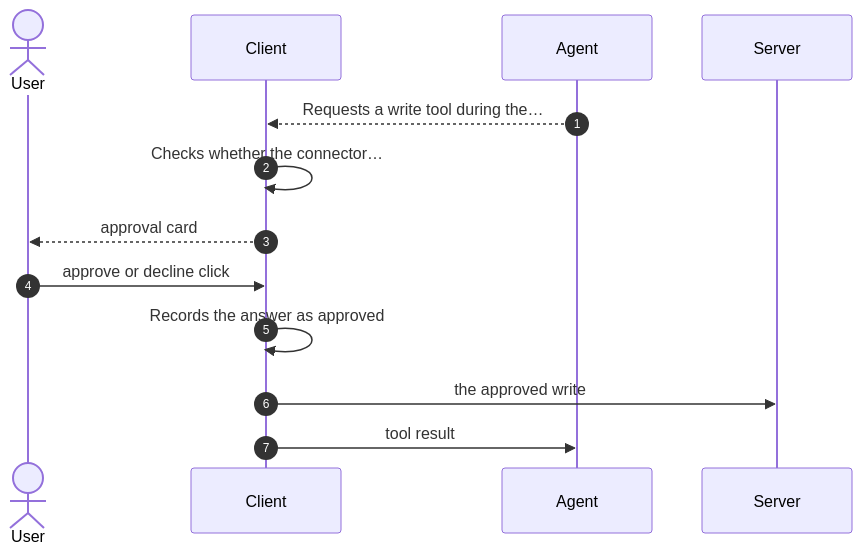
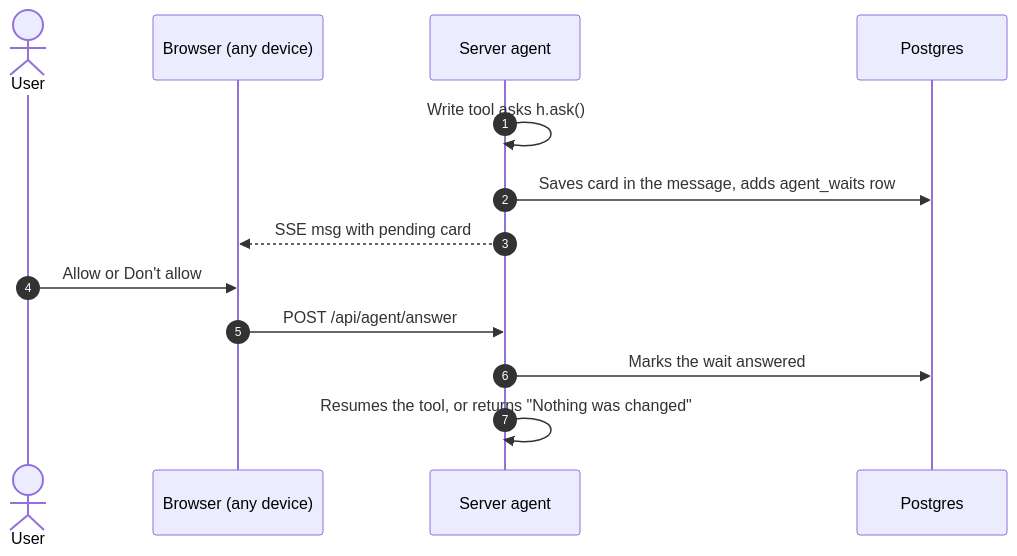
One commit to lngsa1234/mini-muse-mvp changed the diagram in docs/architecture/workflows/tool-approval.md. Above: the diagram before and after it, drawn with Mermaid. The commit also changed other lines of this file and 65 other files, not shown here.

````diff
--- a/docs/architecture/workflows/tool-approval.md
+++ b/docs/architecture/workflows/tool-approval.md
@@ -15,15 +15,15 @@
 ```mermaid
 sequenceDiagram
   autonumber
   actor user as User
-  participant client as Client
-  participant agent as Agent
-  participant server as Server
-  agent-->>client: Requests a write tool during the…
-  client->>client: Checks whether the connector…
-  client-->>user: approval card
-  user->>client: approve or decline click
-  client->>client: Records the answer as approved
-  client->>server: the approved write
-  client->>agent: tool result
+  participant client as Browser (any device)
+  participant agent as Server agent
+  participant data as Postgres
+  agent->>agent: Write tool asks h.ask()
+  agent->>data: Saves card in the message, adds agent_waits row
+  agent-->>client: SSE msg with pending card
+  user->>client: Allow or Don't allow
+  client->>agent: POST /api/agent/answer
+  agent->>data: Marks the wait answered
+  agent->>agent: Resumes the tool, or returns "Nothing was changed"
 ```
````
